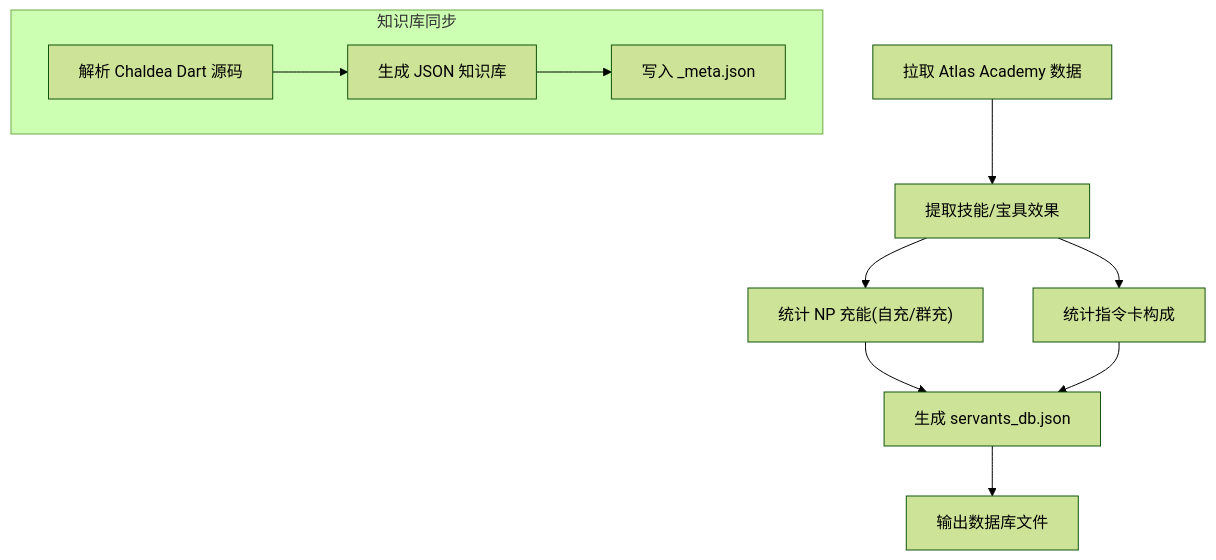
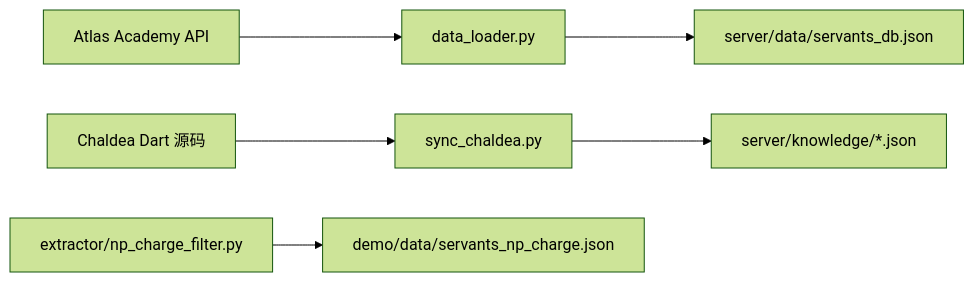
One commit to kanoha222/Laplace changed the sixth of 8 diagrams in .qoder/repowiki/zh/content/项目概述.md. Above: the diagram before and after it, drawn with Mermaid (forest theme). The commit also changed other lines of this file and 54 other files, not shown here.

````diff
--- a/.qoder/repowiki/zh/content/项目概述.md
+++ b/.qoder/repowiki/zh/content/项目概述.md
@@ -270,13 +258,8 @@
 ```mermaid
-flowchart TD
-SA["拉取 Atlas Academy 数据"] --> EX["提取技能/宝具效果"]
-EX --> NP["统计 NP 充能(自充/群充)"]
-EX --> CARDS["统计指令卡构成"]
-NP --> DB["生成 servants_db.json"]
-CARDS --> DB
-DB --> OUT["输出数据库文件"]
-subgraph "知识库同步"
-SRC["解析 Chaldea Dart 源码"] --> GEN["生成 JSON 知识库"]
-GEN --> META["写入 _meta.json"]
-end
+graph LR
+Atlas["Atlas Academy API"] --> DL["data_loader.py"]
+Chaldea["Chaldea Dart 源码"] --> SYNC["sync_chaldea.py"]
+DL --> DB["server/data/servants_db.json"]
+SYNC --> KNOW["server/knowledge/*.json"]
+EX["extractor/np_charge_filter.py"] --> DEMO["demo/data/servants_np_charge.json"]
 ```
````
